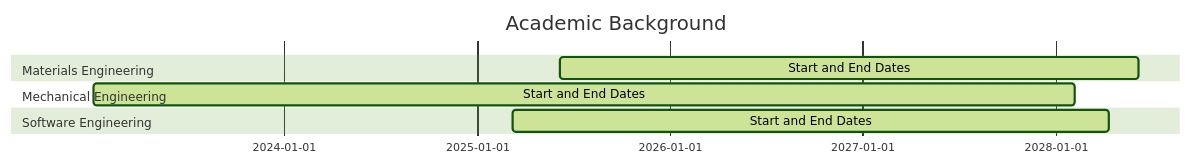
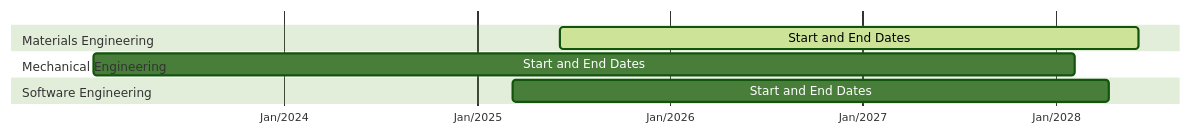
The second of 4 diagrams in README.md (delblerferreira/delblerferreira), drawn with Mermaid (forest theme) before and after one commit. The commit also changed other lines of this file, not shown here.

````diff
--- a/README.md
+++ b/README.md
@@ -44,13 +61,14 @@
 ```mermaid
 gantt
-    title Academic Background
     dateFormat  YYYY-MM-DD
+    axisFormat  %b/%Y
+
     section Materials Engineering
     Start and End Dates       :active, materials, 2025-06-06, 2028-06-06
 
     section Mechanical Engineering
-    Start and End Dates       :active, mechanical, 2023-01-06, 2028-02-06
+    Start and End Dates       :                  2023-01-06, 2028-02-06
 
     section Software Engineering
-    Start and End Dates       :active, software, 2025-03-10, 2028-04-10
+    Start and End Dates       :                  2025-03-10, 2028-04-10
 ```
````
